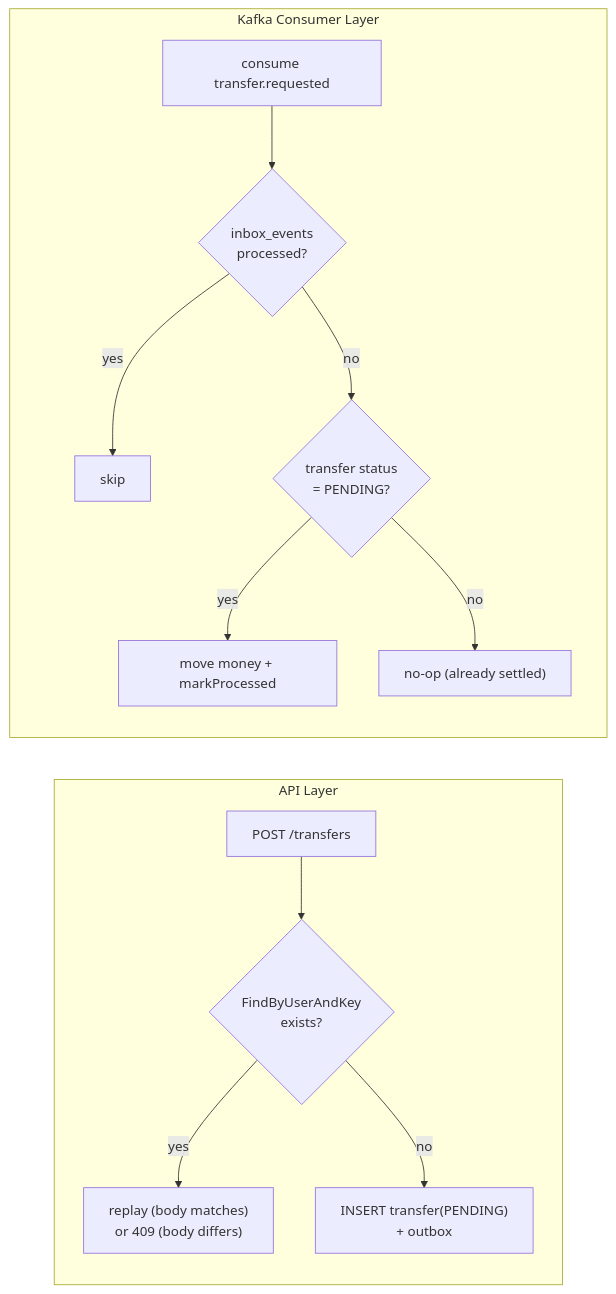
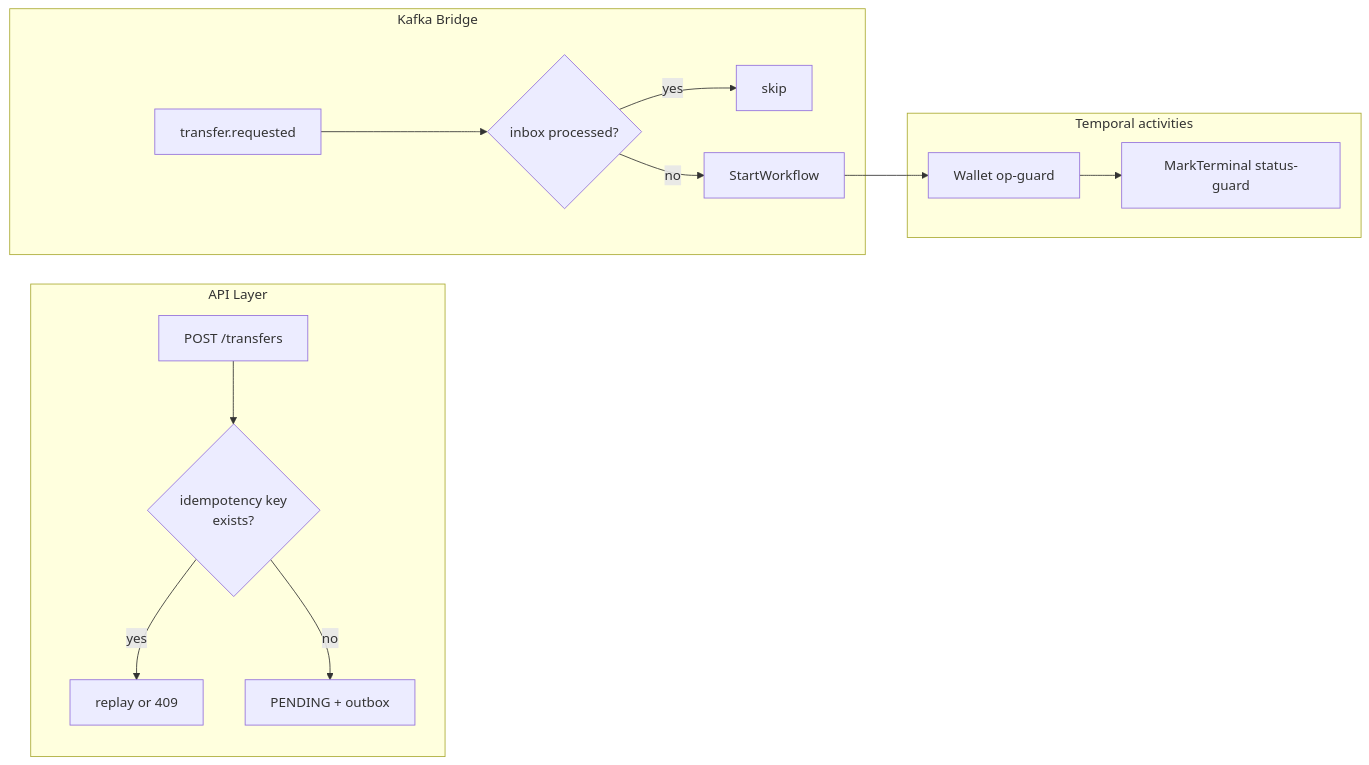
The fifth of 5 diagrams in README.md (Phathdt/transx), drawn with Mermaid before and after one commit. The commit also changed other lines of this file and 111 other files, not shown here.

First line of the commit message:
feat(transfer): Temporal saga transfer orchestration (#12)

````diff
--- a/README.md
+++ b/README.md
@@ -587,26 +533,28 @@
 ```mermaid
 flowchart LR
     subgraph API["API Layer"]
         A1["POST /transfers"]
-        A2{"FindByUserAndKey\nexists?"}
-        A3["replay (body matches)\nor 409 (body differs)"]
-        A4["INSERT transfer(PENDING)\n+ outbox"]
+        A2{"idempotency key\nexists?"}
+        A3["replay or 409"]
+        A4["PENDING + outbox"]
         A1 --> A2
         A2 -->|yes| A3
         A2 -->|no| A4
     end
 
-    subgraph Consumer["Kafka Consumer Layer"]
-        K1["consume transfer.requested"]
-        K2{"inbox_events\nprocessed?"}
+    subgraph Bridge["Kafka Bridge"]
+        K1["transfer.requested"]
+        K2{"inbox processed?"}
         K3["skip"]
-        K4{"transfer status\n= PENDING?"}
-        K5["move money + markProcessed"]
-        K6["no-op (already settled)"]
+        K4["StartWorkflow"]
         K1 --> K2
         K2 -->|yes| K3
         K2 -->|no| K4
-        K4 -->|yes| K5
-        K4 -->|no| K6
+    end
+
+    subgraph Worker["Temporal activities"]
+        W1["Wallet op-guard"]
+        W2["MarkTerminal status-guard"]
+        K4 --> W1 --> W2
     end
 ```
````
